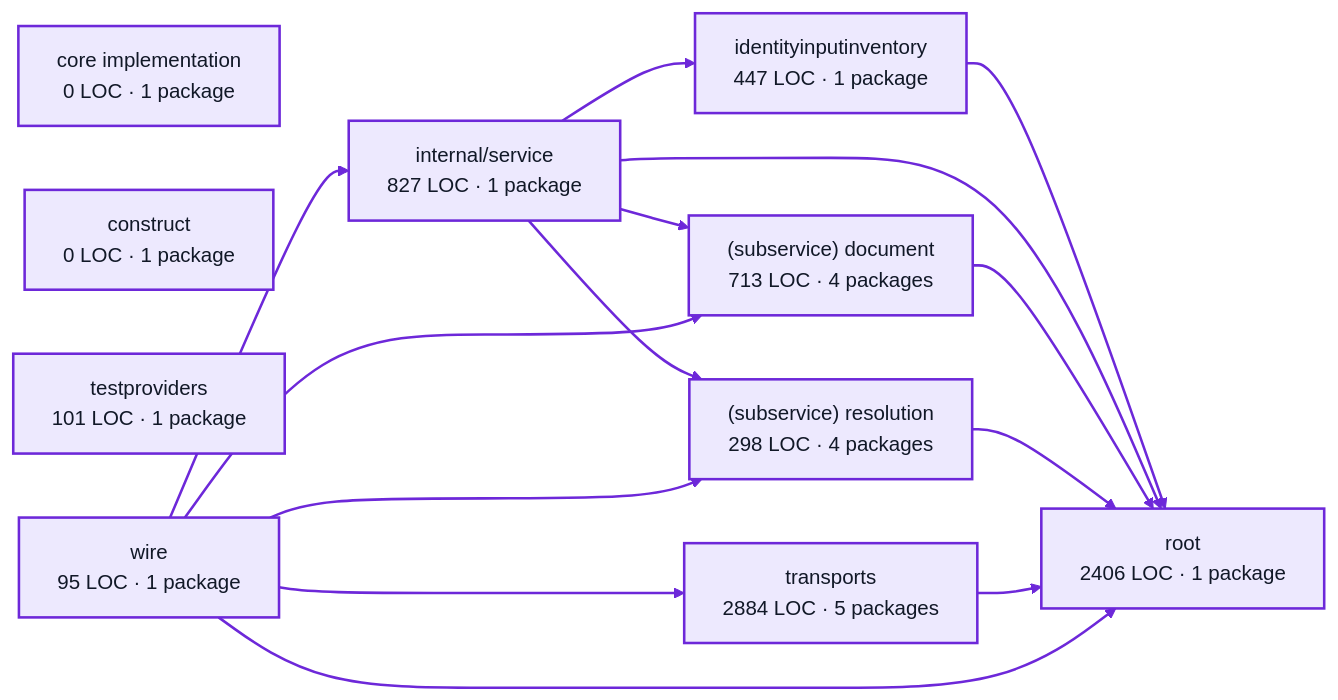
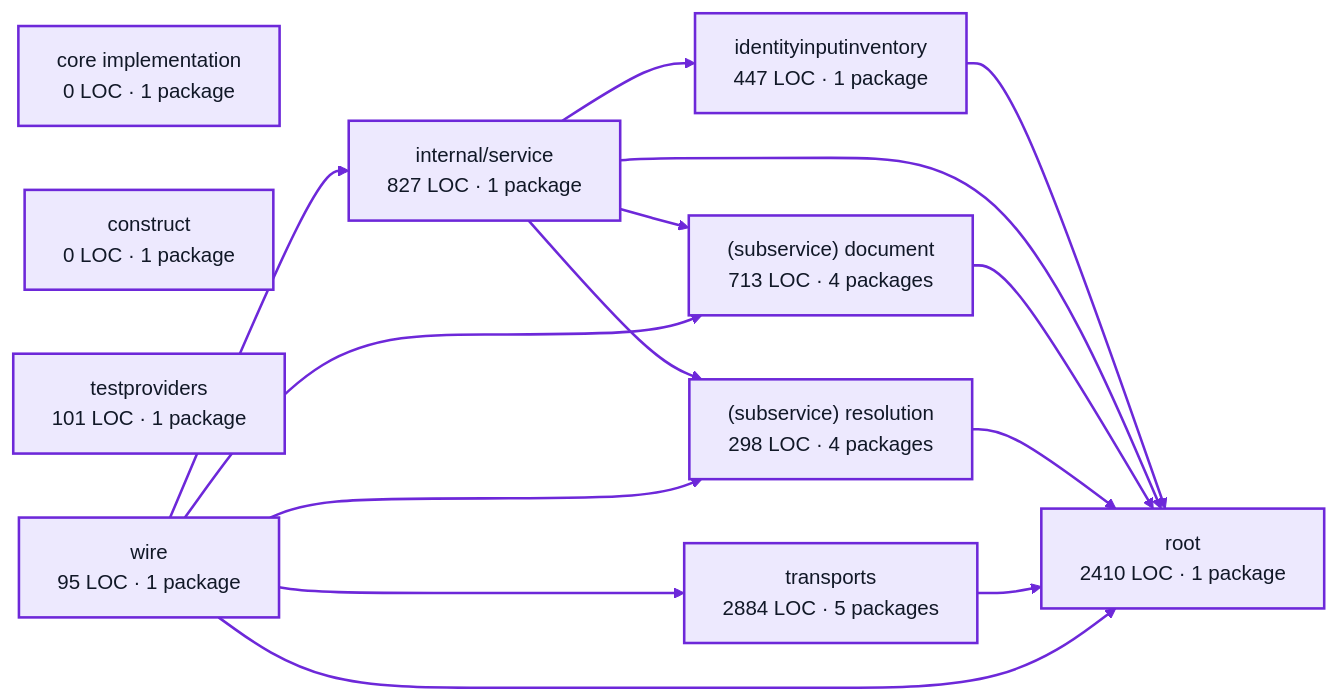
One commit to portpowered/you-agent-factory changed the diagram in docs/architecture/visualizations/services/operator_settings.md. Above: the diagram before and after it, drawn with Mermaid. The commit also changed other lines of this file and 21 other files, not shown here.

Commit message:
docs: refresh backend architecture visualizations

````diff
--- a/docs/architecture/visualizations/services/operator_settings.md
+++ b/docs/architecture/visualizations/services/operator_settings.md
@@ -11,37 +11,37 @@
 ```mermaid
 flowchart LR
   p0["core implementation<br/>0 LOC · 1 package"]
   p1["construct<br/>0 LOC · 1 package"]
   p2["identityinputinventory<br/>447 LOC · 1 package"]
   p3["internal/service<br/>827 LOC · 1 package"]
   p4["(subservice) document<br/>713 LOC · 4 packages"]
   p5["(subservice) resolution<br/>298 LOC · 4 packages"]
   p6["testproviders<br/>101 LOC · 1 package"]
-  p7["root<br/>2406 LOC · 1 package"]
+  p7["root<br/>2410 LOC · 1 package"]
   p8["transports<br/>2884 LOC · 5 packages"]
   p9["wire<br/>95 LOC · 1 package"]
   p2 --> p7
   p3 --> p2
   p3 --> p4
   p3 --> p5
   p3 --> p7
   p4 --> p7
   p5 --> p7
   p8 --> p7
   p9 --> p3
   p9 --> p4
   p9 --> p5
   p9 --> p7
   p9 --> p8
   style p0 fill:#ede9fe,stroke:#6d28d9,stroke-width:2px,color:#111827
   style p1 fill:#ede9fe,stroke:#6d28d9,stroke-width:2px,color:#111827
   style p2 fill:#ede9fe,stroke:#6d28d9,stroke-width:2px,color:#111827
   style p3 fill:#ede9fe,stroke:#6d28d9,stroke-width:2px,color:#111827
   style p4 fill:#ede9fe,stroke:#6d28d9,stroke-width:2px,color:#111827
   style p5 fill:#ede9fe,stroke:#6d28d9,stroke-width:2px,color:#111827
   style p6 fill:#ede9fe,stroke:#6d28d9,stroke-width:2px,color:#111827
   style p7 fill:#ede9fe,stroke:#6d28d9,stroke-width:2px,color:#111827
   style p8 fill:#ede9fe,stroke:#6d28d9,stroke-width:2px,color:#111827
   style p9 fill:#ede9fe,stroke:#6d28d9,stroke-width:2px,color:#111827
   linkStyle default stroke:#6d28d9,stroke-width:2px
 ```
````
